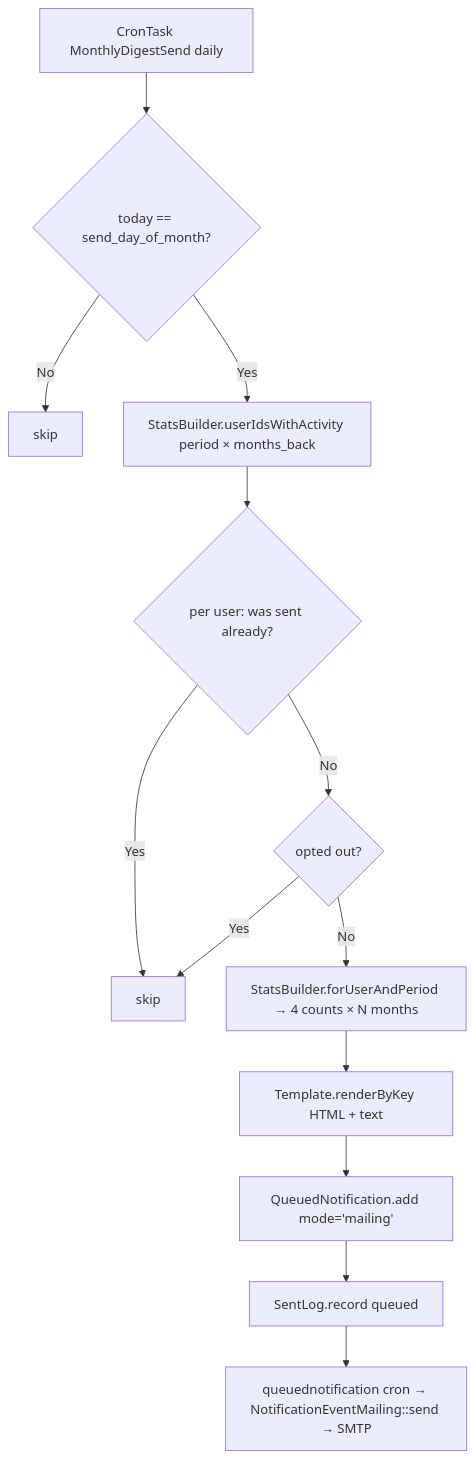
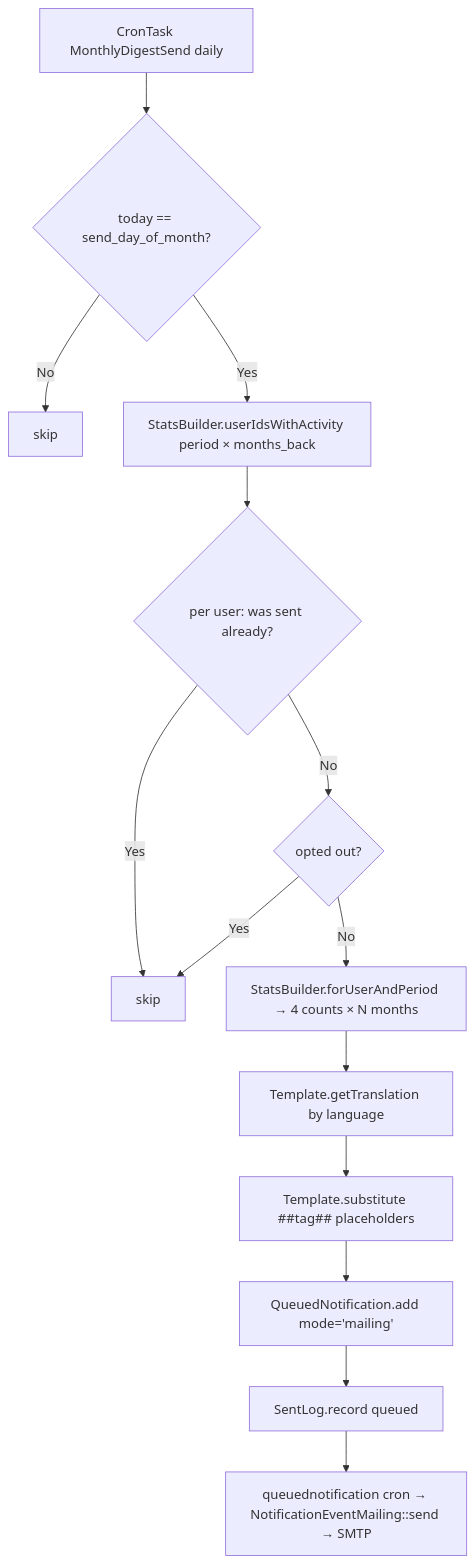
One commit to its-1988/monthlydigest changed the diagram in README.md. Above: the diagram before and after it, drawn with Mermaid. The commit also changed other lines of this file and 16 other files, not shown here.

````diff
--- a/README.md
+++ b/README.md
@@ -99,15 +131,16 @@
 ```mermaid
 flowchart TD
     A[CronTask MonthlyDigestSend daily] --> B{today == send_day_of_month?}
     B -->|No| Z[skip]
     B -->|Yes| C[StatsBuilder.userIdsWithActivity period × months_back]
     C --> D{per user: was sent already?}
     D -->|Yes| S[skip]
     D -->|No| E{opted out?}
     E -->|Yes| S
     E -->|No| F[StatsBuilder.forUserAndPeriod → 4 counts × N months]
-    F --> G[Template.renderByKey HTML + text]
-    G --> H[QueuedNotification.add mode='mailing']
-    H --> I[SentLog.record queued]
-    I --> J[queuednotification cron → NotificationEventMailing::send → SMTP]
+    F --> G[Template.getTranslation by language]
+    G --> H[Template.substitute ##tag## placeholders]
+    H --> I[QueuedNotification.add mode='mailing']
+    I --> J[SentLog.record queued]
+    J --> K[queuednotification cron → NotificationEventMailing::send → SMTP]
 ```
````
